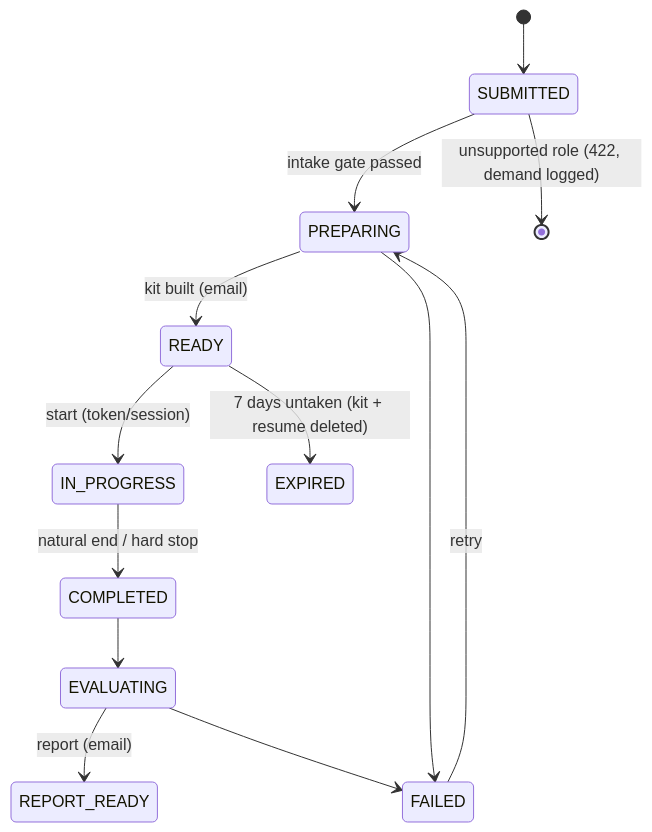
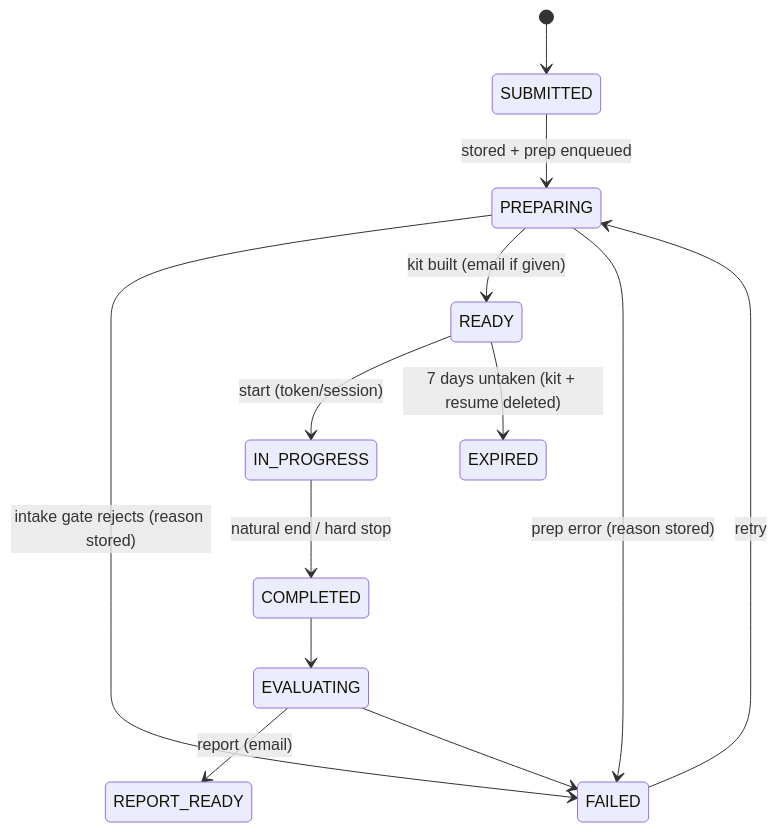
Before and after one commit to sshubham07/qualifai: the second of 4 diagrams in docs/architecture/hld.md, drawn with Mermaid. The commit also changed other lines of this file and 47 other files, not shown here.

First line of the commit message:
intake gate in prep job, more role families, meet id instead of email

````diff
--- a/docs/architecture/hld.md
+++ b/docs/architecture/hld.md
@@ -34,15 +34,15 @@
 ```mermaid
 stateDiagram-v2
   [*] --> SUBMITTED
-  SUBMITTED --> PREPARING: intake gate passed
-  SUBMITTED --> [*]: unsupported role (422, demand logged)
-  PREPARING --> READY: kit built (email)
-  PREPARING --> FAILED
+  SUBMITTED --> PREPARING: stored + prep enqueued
+  PREPARING --> FAILED: intake gate rejects (reason stored)
+  PREPARING --> READY: kit built (email if given)
+  PREPARING --> FAILED: prep error (reason stored)
   READY --> IN_PROGRESS: start (token/session)
   READY --> EXPIRED: 7 days untaken (kit + resume deleted)
   IN_PROGRESS --> COMPLETED: natural end / hard stop
   COMPLETED --> EVALUATING
   EVALUATING --> REPORT_READY: report (email)
   EVALUATING --> FAILED
   FAILED --> PREPARING: retry
 ```
````
